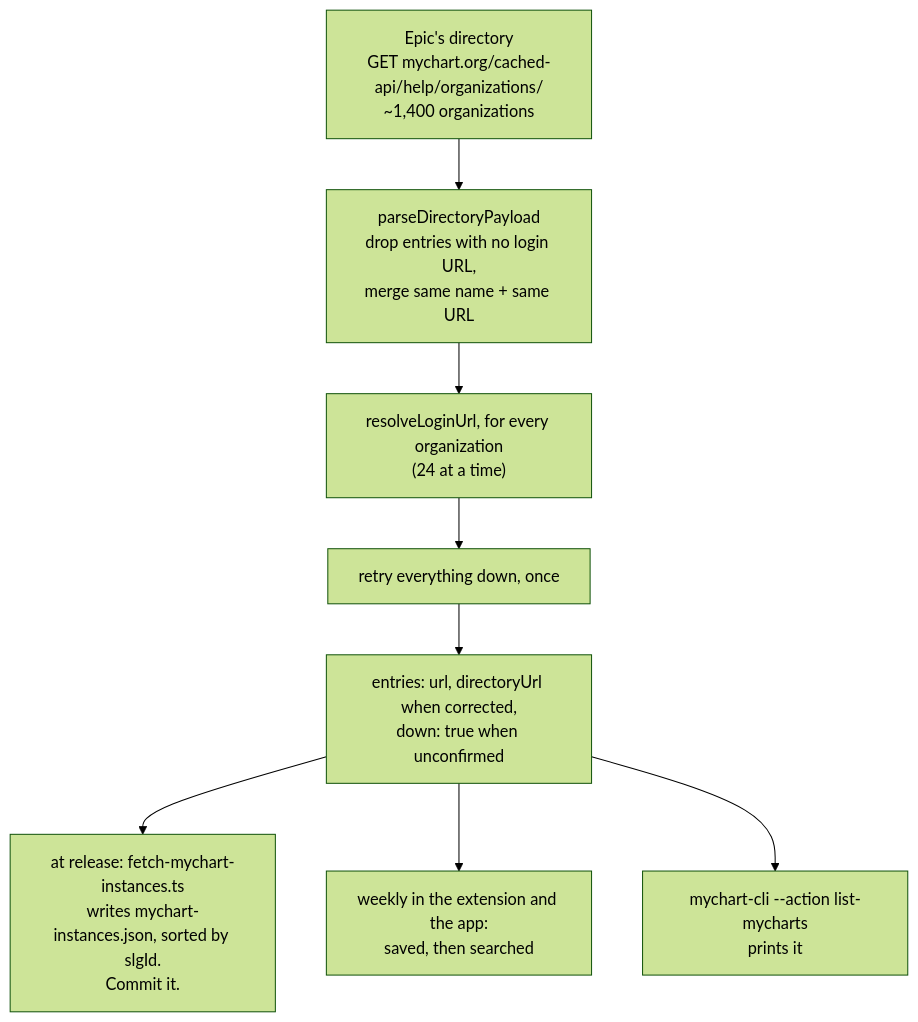
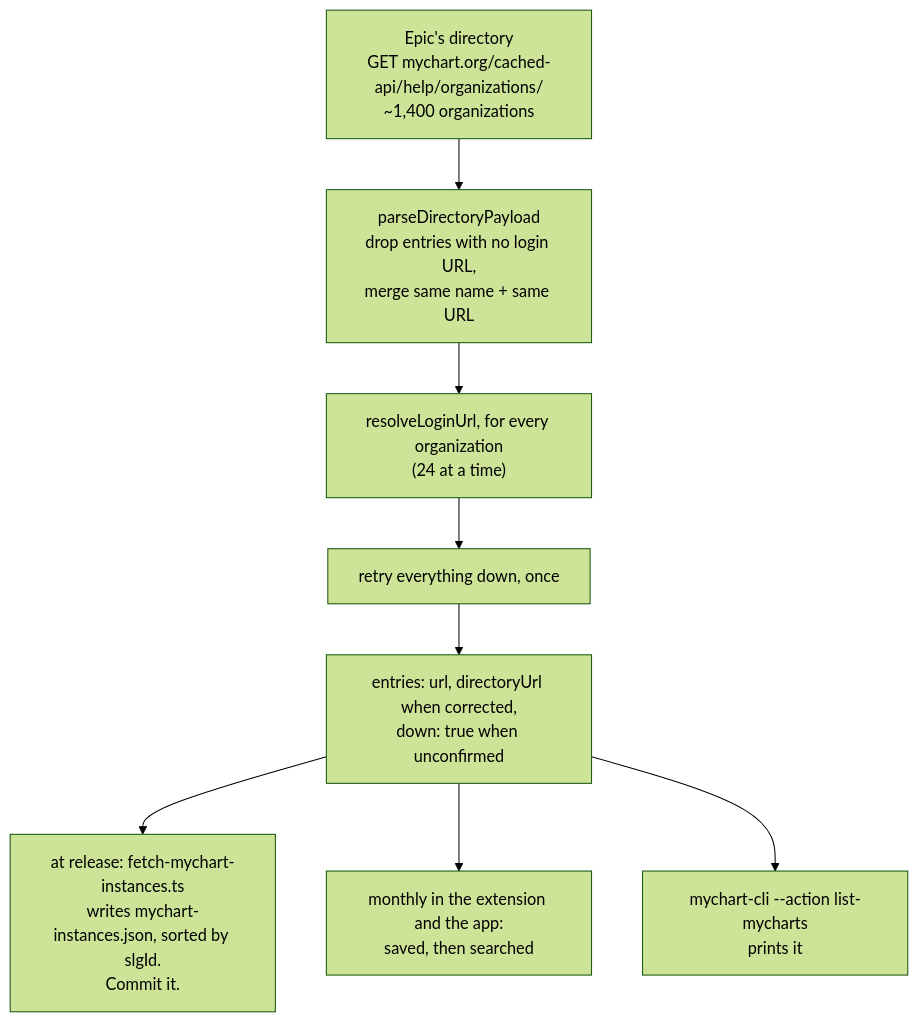
One commit to Fan-Pier-Labs/openrecord changed the second of 3 diagrams in scrapers/list-all-mycharts/HOW-IT-WORKS.md. Above: the diagram before and after it, drawn with Mermaid (forest theme). The commit also changed other lines of this file and 11 other files, not shown here.

First line of the commit message:
Refresh the directory monthly, not weekly

````diff
--- a/scrapers/list-all-mycharts/HOW-IT-WORKS.md
+++ b/scrapers/list-all-mycharts/HOW-IT-WORKS.md
@@ -27,12 +27,12 @@
 ```mermaid
 flowchart TD
     epic["Epic's directory<br/>GET mychart.org/cached-api/help/organizations/<br/>~1,400 organizations"]
     epic --> parse["parseDirectoryPayload<br/>drop entries with no login URL,<br/>merge same name + same URL"]
     parse --> each["resolveLoginUrl, for every organization<br/>(24 at a time)"]
     each --> retry["retry everything down, once"]
     retry --> out["entries: url, directoryUrl when corrected,<br/>down: true when unconfirmed"]
 
     out --> release["at release: fetch-mychart-instances.ts<br/>writes mychart-instances.json, sorted by slgId.<br/>Commit it."]
-    out --> weekly["weekly in the extension and the app:<br/>saved, then searched"]
+    out --> monthly["monthly in the extension and the app:<br/>saved, then searched"]
     out --> cli["mychart-cli --action list-mycharts<br/>prints it"]
 ```
````
